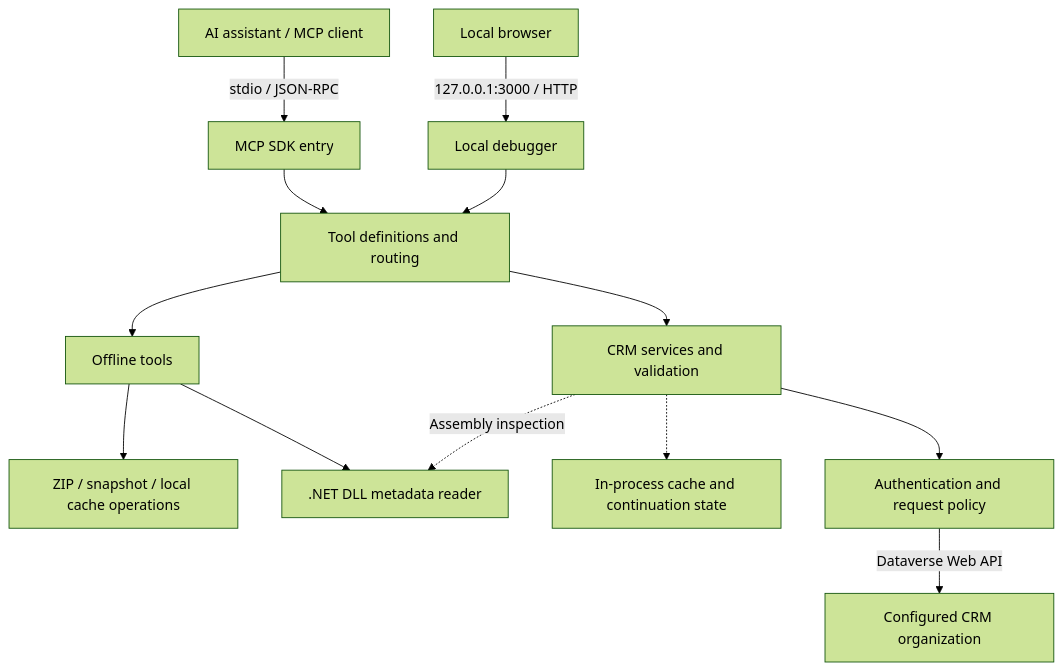
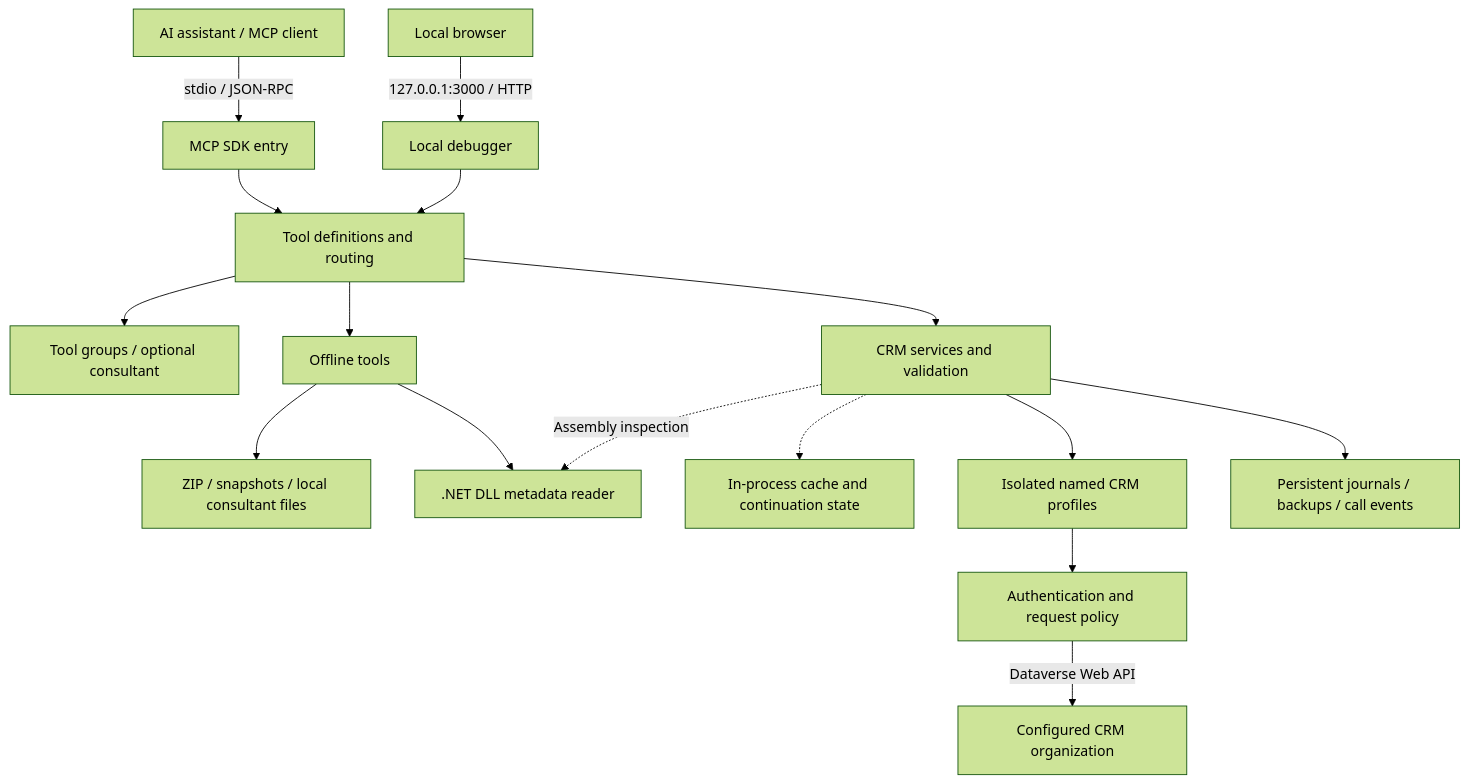
The first of 5 diagrams in README.md (Kenny-666/Dynamics365-mcp-server), drawn with Mermaid (forest theme) before and after one commit. The commit also changed other lines of this file and 4 other files, not shown here.

````diff
--- a/README.md
+++ b/README.md
@@ -80,15 +101,18 @@
 ```mermaid
 flowchart TB
     Client["AI assistant / MCP client"] -->|"stdio / JSON-RPC"| MCP["MCP SDK entry"]
     Browser["Local browser"] -->|"127.0.0.1:3000 / HTTP"| Debug["Local debugger"]
     MCP --> Router["Tool definitions and routing"]
     Debug --> Router
+    Router --> Groups["Tool groups / optional consultant"]
     Router --> Local["Offline tools"]
     Router --> Services["CRM services and validation"]
-    Local --> Files["ZIP / snapshot / local cache operations"]
+    Local --> Files["ZIP / snapshots / local consultant files"]
     Local --> Reader[".NET DLL metadata reader"]
     Services -.->|"Assembly inspection"| Reader
     Services -.-> State["In-process cache and continuation state"]
-    Services --> Auth["Authentication and request policy"]
+    Services --> Profiles["Isolated named CRM profiles"]
+    Services --> Journal["Persistent journals / backups / call events"]
+    Profiles --> Auth["Authentication and request policy"]
     Auth -->|"Dataverse Web API"| CRM["Configured CRM organization"]
 ```
````
